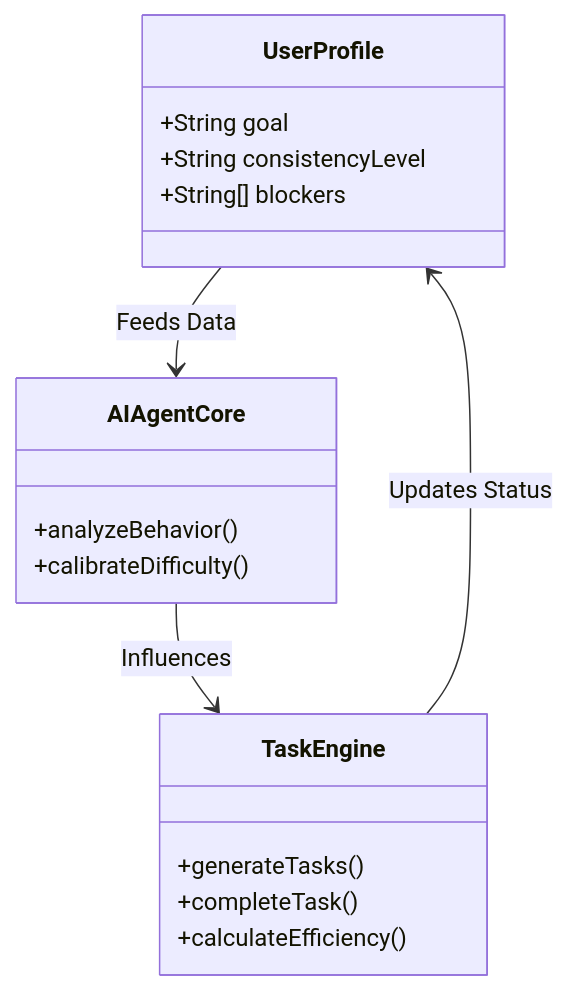
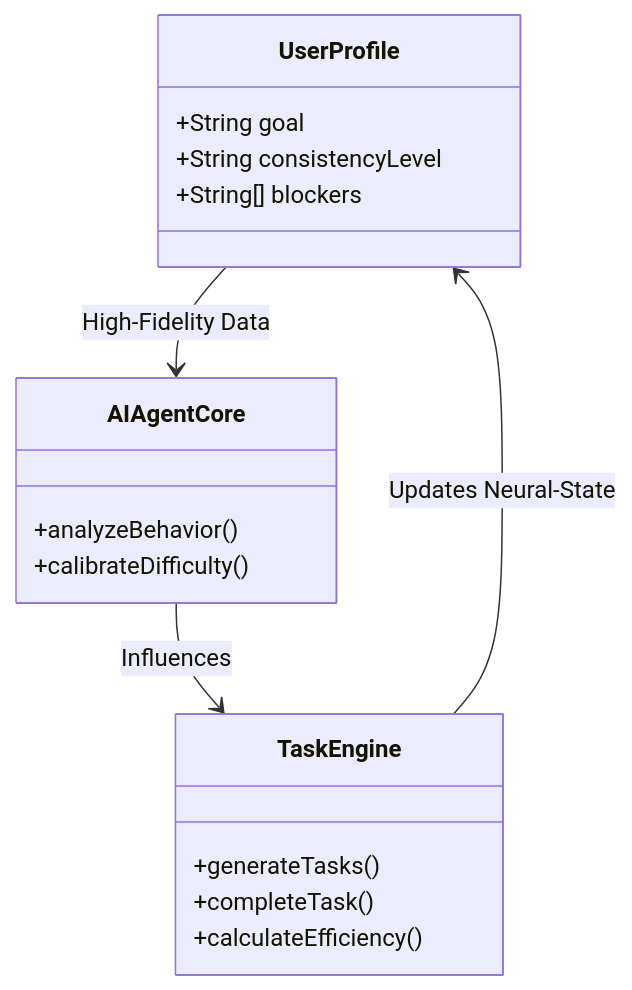
The second of 2 diagrams in README.md (ManoShruthiS/Execustra), drawn with Mermaid before and after one commit. The commit also changed other lines of this file and 3 other files, not shown here.

````diff
--- a/README.md
+++ b/README.md
@@ -80,20 +63,20 @@
 ```mermaid
 classDiagram
     class UserProfile {
         +String goal
         +String consistencyLevel
         +String[] blockers
     }
     class TaskEngine {
         +generateTasks()
         +completeTask()
         +calculateEfficiency()
     }
     class AIAgentCore {
         +analyzeBehavior()
         +calibrateDifficulty()
     }
-    UserProfile --> AIAgentCore : Feeds Data
+    UserProfile --> AIAgentCore : High-Fidelity Data
     AIAgentCore --> TaskEngine : Influences
-    TaskEngine --> UserProfile : Updates Status
+    TaskEngine --> UserProfile : Updates Neural-State
 ```
````
